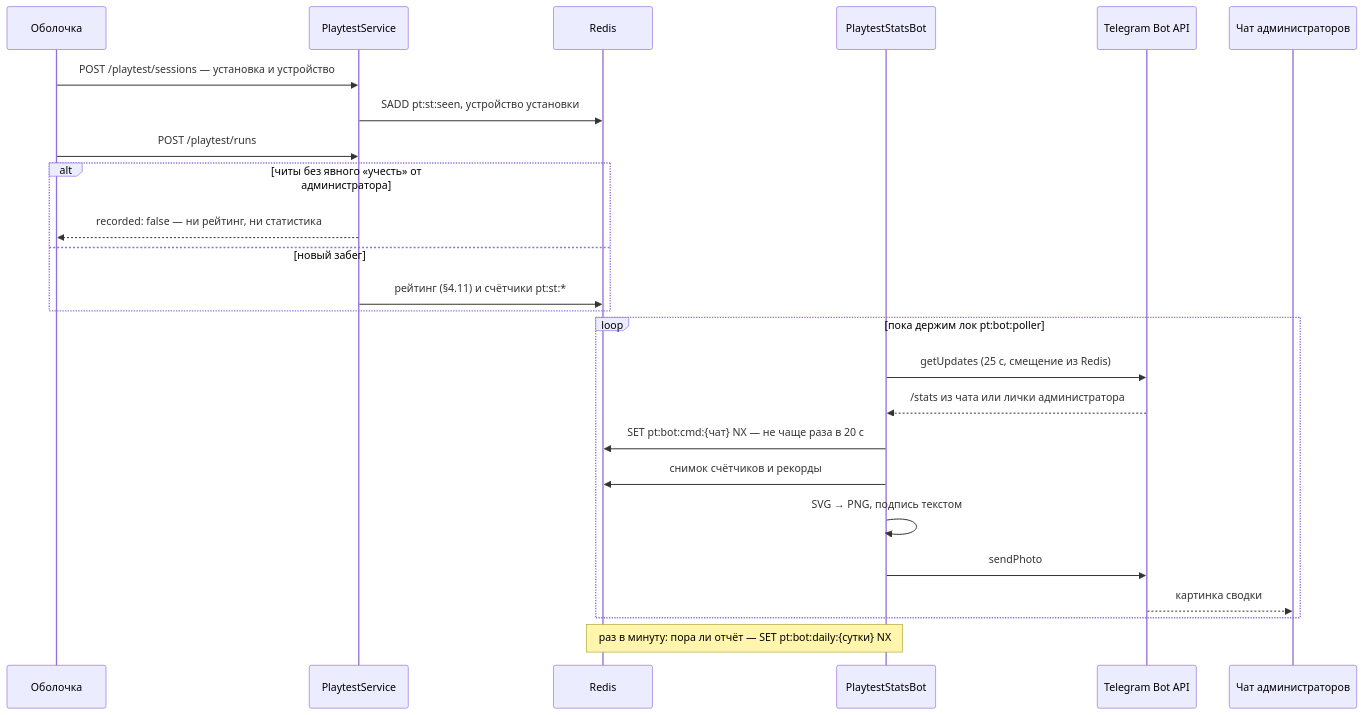
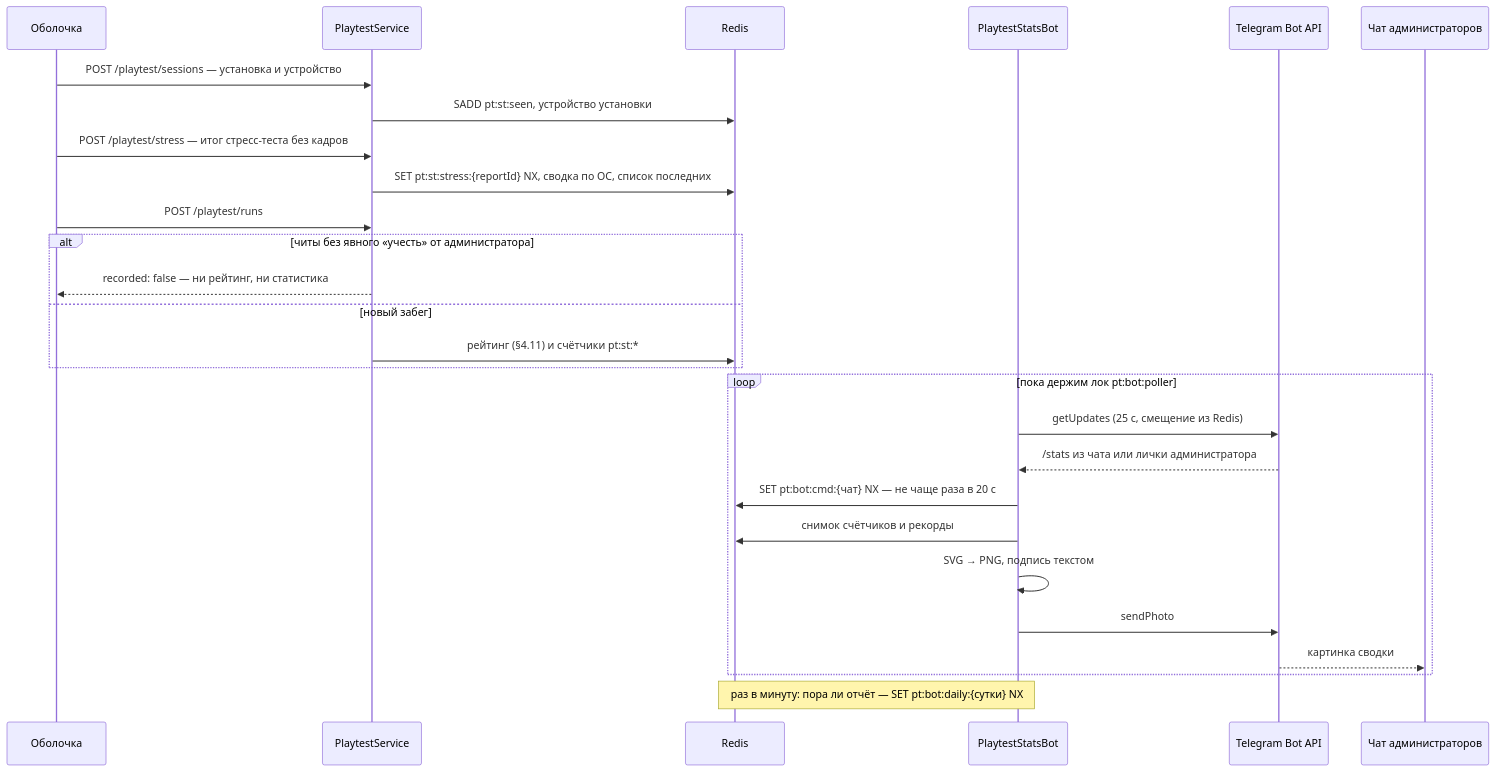
Before and after one commit to JJSGxKD/rubezh: diagram 19 of 20 in docs/21-diagrams.md, drawn with Mermaid. The commit also changed 15 other files, not shown here.

````diff
--- a/docs/21-diagrams.md
+++ b/docs/21-diagrams.md
@@ -980,29 +980,31 @@
 ```mermaid
 sequenceDiagram
     participant S as Оболочка
     participant P as PlaytestService
     participant R as Redis
     participant B as PlaytestStatsBot
     participant TG as Telegram Bot API
     participant A as Чат администраторов
 
     S->>P: POST /playtest/sessions — установка и устройство
     P->>R: SADD pt:st:seen, устройство установки
+    S->>P: POST /playtest/stress — итог стресс-теста без кадров
+    P->>R: SET pt:st:stress:{reportId} NX, сводка по ОС, список последних
     S->>P: POST /playtest/runs
     alt читы без явного «учесть» от администратора
         P-->>S: recorded: false — ни рейтинг, ни статистика
     else новый забег
         P->>R: рейтинг (§4.11) и счётчики pt:st:*
     end
 
     loop пока держим лок pt:bot:poller
         B->>TG: getUpdates (25 с, смещение из Redis)
         TG-->>B: /stats из чата или лички администратора
         B->>R: SET pt:bot:cmd:{чат} NX — не чаще раза в 20 с
         B->>R: снимок счётчиков и рекорды
         B->>B: SVG → PNG, подпись текстом
         B->>TG: sendPhoto
         TG-->>A: картинка сводки
     end
     Note over B,R: раз в минуту: пора ли отчёт — SET pt:bot:daily:{сутки} NX
 ```
````
